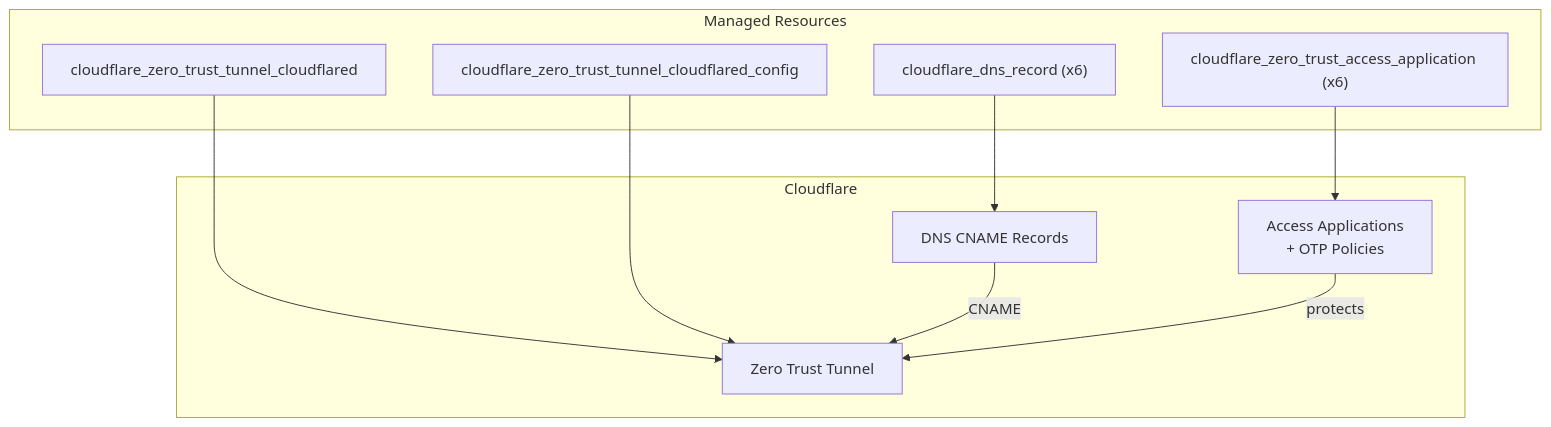
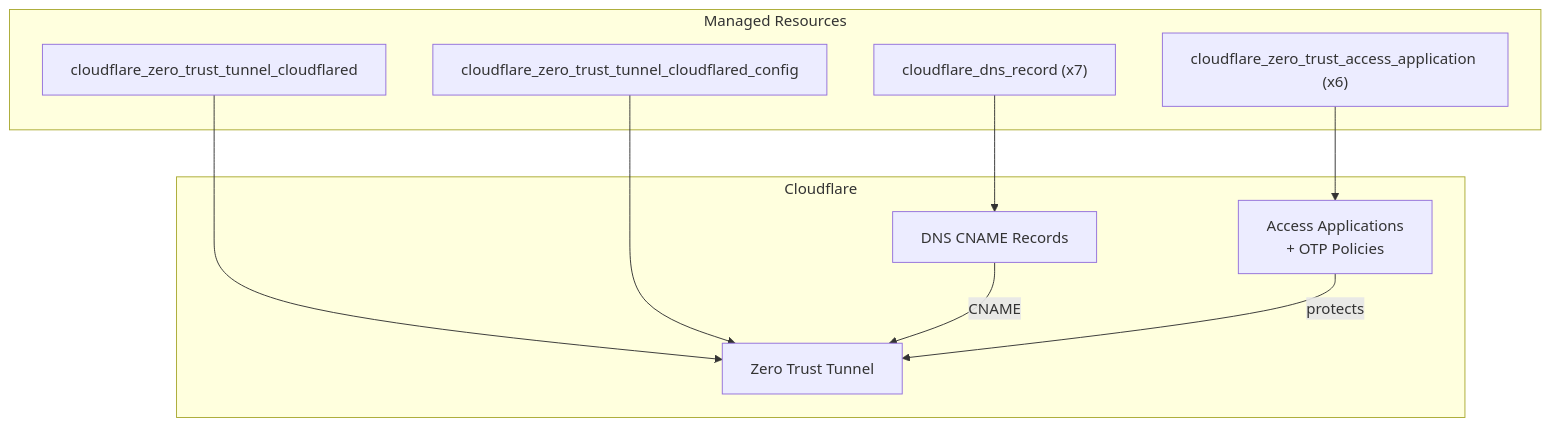
Before and after one commit to danielpsf/homelab: the fourth of 4 diagrams in README.md, drawn with Mermaid. The commit also changed other lines of this file, not shown here.

````diff
--- a/README.md
+++ b/README.md
@@ -128,23 +145,23 @@
 ```mermaid
 graph TD
     subgraph Cloudflare
         TUNNEL[Zero Trust Tunnel]
         DNS[DNS CNAME Records]
         ACCESS[Access Applications<br/>+ OTP Policies]
     end
 
     subgraph Managed Resources
         R1[cloudflare_zero_trust_tunnel_cloudflared]
         R2[cloudflare_zero_trust_tunnel_cloudflared_config]
-        R3["cloudflare_dns_record (x6)"]
+        R3["cloudflare_dns_record (x7)"]
         R4["cloudflare_zero_trust_access_application (x6)"]
     end
 
     R1 --> TUNNEL
     R2 --> TUNNEL
     R3 --> DNS
     R4 --> ACCESS
 
     DNS -->|CNAME| TUNNEL
     ACCESS -->|protects| TUNNEL
 ```
````
